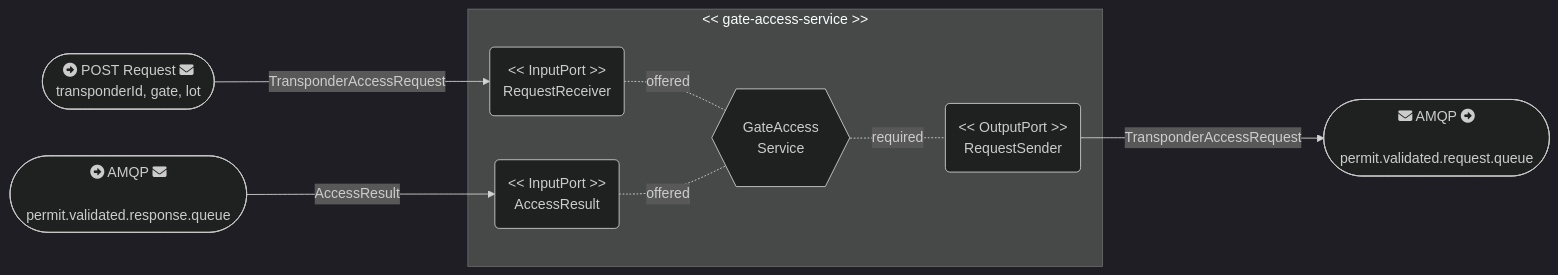
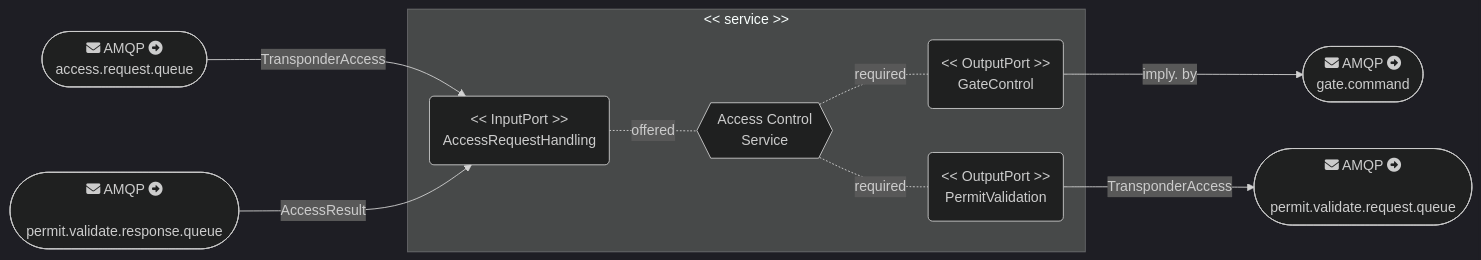
One commit to billycychan/acme-park-mvp changed the first of 2 diagrams in README.md. Above: the diagram before and after it, drawn with Mermaid (dark theme). The commit also changed other lines of this file and 4 other files, not shown here.

Commit message:
feat: add service-diagram

````diff
--- a/README.md
+++ b/README.md
@@ -80,25 +86,28 @@
 ```mermaid
 flowchart LR
 
-    REST_IN([fa:fa-circle-right POST Request fa:fa-envelope \n transponderId, gate, lot ])
-
-    AMQP_IN([fa:fa-circle-right AMQP fa:fa-envelope\n permit.validated.response.queue])
-    AMQP_OUT([fa:fa-envelope AMQP fa:fa-circle-right\n permit.validated.request.queue])
+  AMQP_IN([fa:fa-envelope AMQP fa:fa-circle-right\n access.request.queue])
+  AMQP_IN_2([fa:fa-envelope AMQP fa:fa-circle-right\n permit.validate.response.queue])
+  AMQP_OUT([fa:fa-envelope AMQP fa:fa-circle-right\n gate.command])
+  AMQP_OUT_2([fa:fa-envelope AMQP fa:fa-circle-right\n permit.validate.request.queue])
 
 
-    subgraph "<< gate-access-service >>"
-        REQUEST_IN("<< InputPort >>\n RequestReceiver")
-        RESPONSE_IN("<< InputPort >>\n AccessResult")
-        SERVICE{{"\nGateAccess\nService\n<br>"}}
-        HRM_SENDER("<< OutputPort >>\n RequestSender")
-    end
+  subgraph "<< service >>"
+    RESPONSE_IN("<< InputPort >>\n AccessRequestHandling")
+    SERVICE{{"Access Control\n Service<br>"}}
+    RESPONSE_OUT("<< OutputPort >>\n GateControl")
+    RESPONSE_OUT_2("<< OutputPort >>\n PermitValidation")
 
-    REST_IN -- TransponderAccessRequest--> REQUEST_IN
-    AMQP_IN -- AccessResult --> RESPONSE_IN
-    REQUEST_IN -. offered .- SERVICE
-    RESPONSE_IN -. offered .- SERVICE
+  end
+
+  AMQP_IN -- TransponderAccess --> RESPONSE_IN
+  AMQP_IN_2 -- AccessResult --> RESPONSE_IN
+  RESPONSE_IN -. offered .- SERVICE
 
 
-SERVICE -. required .- HRM_SENDER
-HRM_SENDER -- TransponderAccessRequest --> AMQP_OUT
+
+SERVICE -. required .- RESPONSE_OUT
+SERVICE -. required .- RESPONSE_OUT_2
+RESPONSE_OUT -- imply. by --> AMQP_OUT
+RESPONSE_OUT_2 --  TransponderAccess --> AMQP_OUT_2
 ```
````
